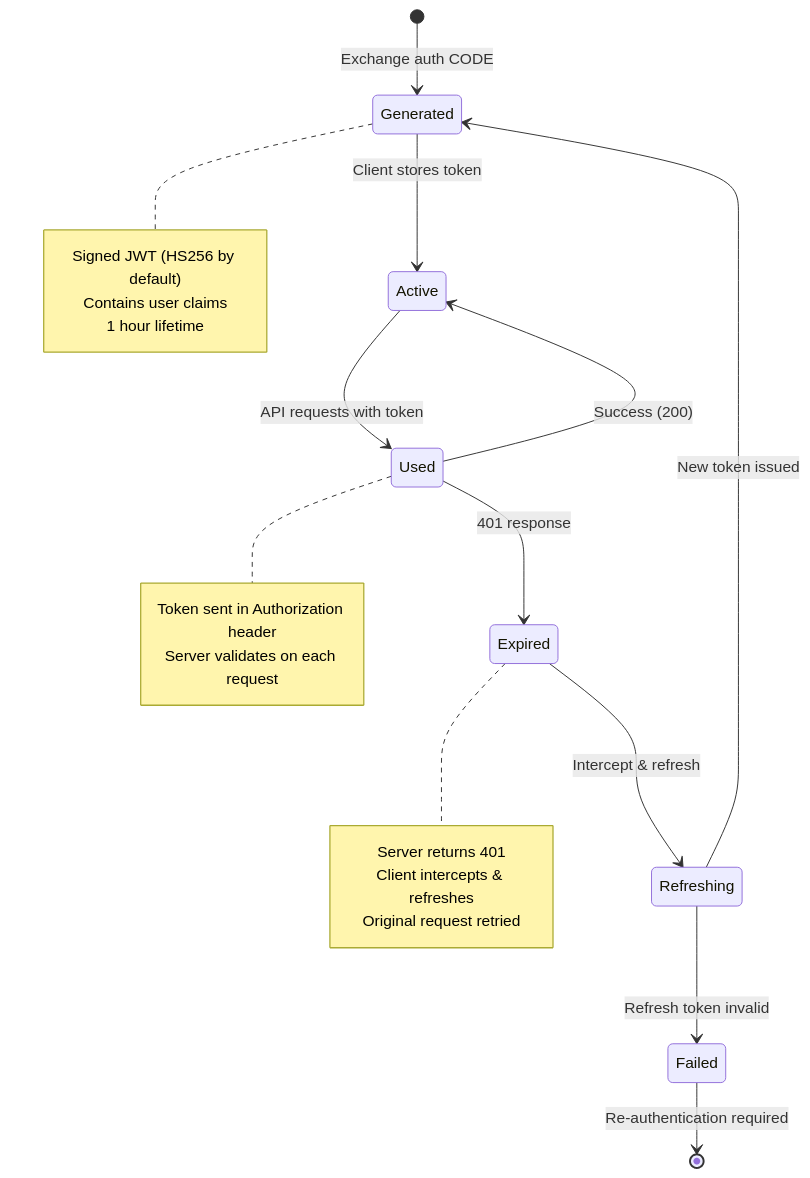
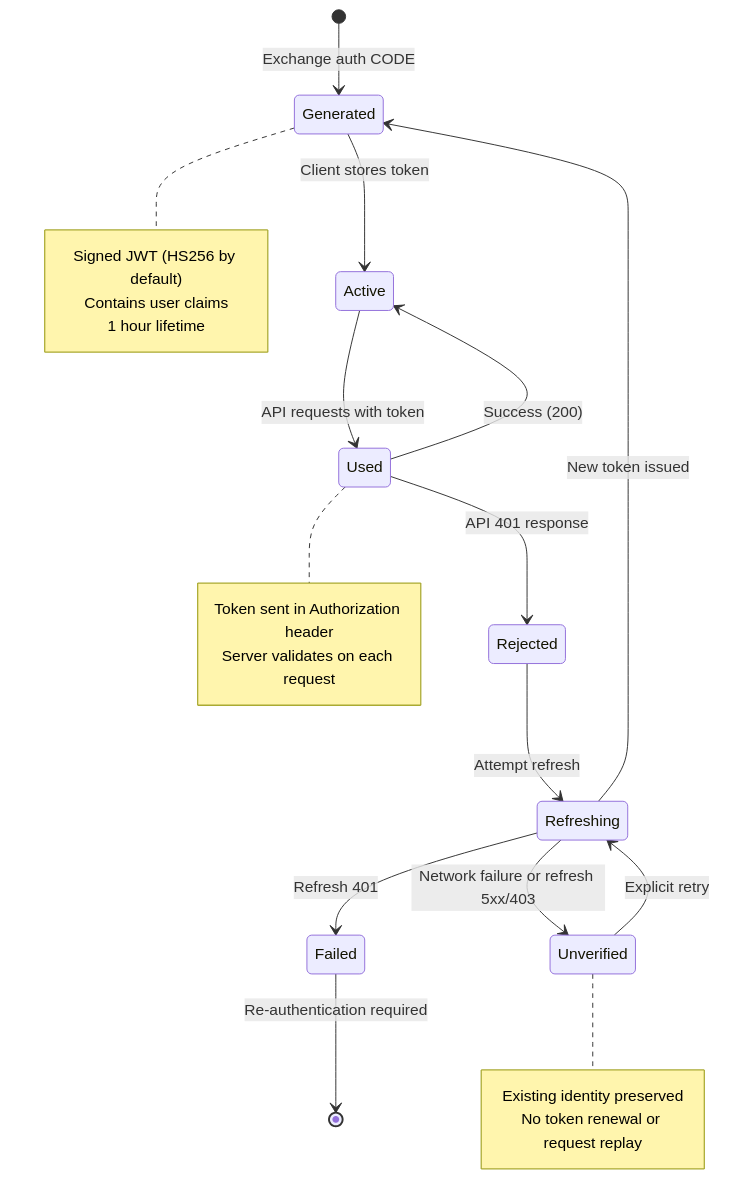
One commit to peterbud/nuxt-aegis changed the third of 5 diagrams in docs/architecture/token-lifecycle.md. Above: the diagram before and after it, drawn with Mermaid. The commit also changed other lines of this file and 8 other files, not shown here.

Commit message:
docs: refresh and review API docs

````diff
--- a/docs/architecture/token-lifecycle.md
+++ b/docs/architecture/token-lifecycle.md
@@ -86,29 +86,30 @@
 ```mermaid
 stateDiagram-v2
     [*] --> Generated: Exchange auth CODE
     Generated --> Active: Client stores token
     Active --> Used: API requests with token
     Used --> Active: Success (200)
-    Used --> Expired: 401 response
-    Expired --> Refreshing: Intercept & refresh
+    Used --> Rejected: API 401 response
+    Rejected --> Refreshing: Attempt refresh
     Refreshing --> Generated: New token issued
-    Refreshing --> Failed: Refresh token invalid
+    Refreshing --> Failed: Refresh 401
+    Refreshing --> Unverified: Network failure or refresh 5xx/403
+    Unverified --> Refreshing: Explicit retry
     Failed --> [*]: Re-authentication required
     
     note right of Generated
       Signed JWT (HS256 by default)
         Contains user claims
         1 hour lifetime
     end note
     
     note right of Used
         Token sent in Authorization header
         Server validates on each request
     end note
     
-    note right of Expired
-        Server returns 401
-        Client intercepts & refreshes
-        Original request retried
+    note right of Unverified
+      Existing identity preserved
+      No token renewal or request replay
     end note
 ```
````
